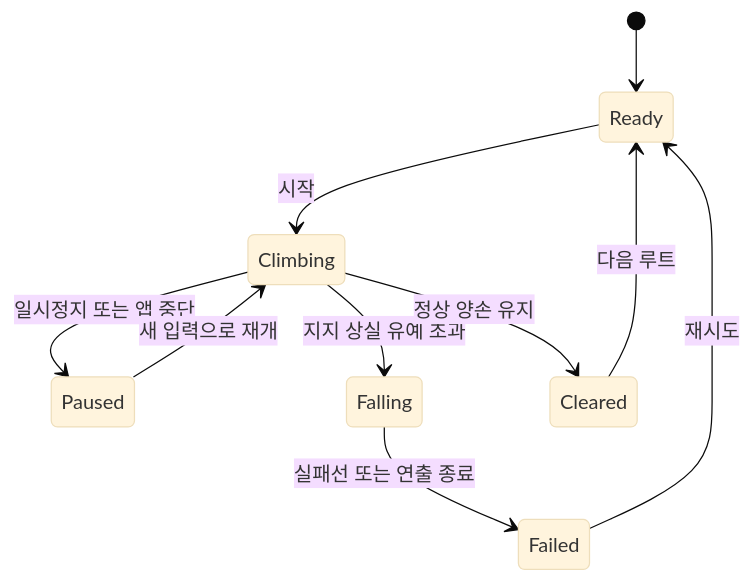
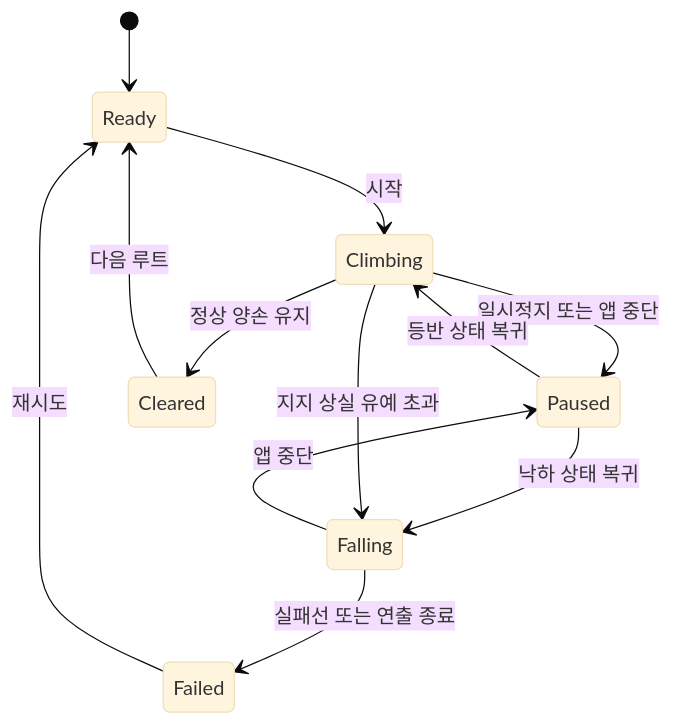
One commit to ysc1230/climb_game changed the diagram in docs/02_game_design.md. Above: the diagram before and after it, drawn with Mermaid (base theme). The commit also changed other lines of this file and 16 other files, not shown here.

````diff
--- a/docs/02_game_design.md
+++ b/docs/02_game_design.md
@@ -53,12 +53,14 @@
 ```mermaid
 stateDiagram-v2
     [*] --> Ready
     Ready --> Climbing: 시작
     Climbing --> Paused: 일시정지 또는 앱 중단
-    Paused --> Climbing: 새 입력으로 재개
+    Paused --> Climbing: 등반 상태 복귀
+    Falling --> Paused: 앱 중단
+    Paused --> Falling: 낙하 상태 복귀
     Climbing --> Falling: 지지 상실 유예 초과
     Climbing --> Cleared: 정상 양손 유지
     Falling --> Failed: 실패선 또는 연출 종료
     Failed --> Ready: 재시도
     Cleared --> Ready: 다음 루트
 ```
````
